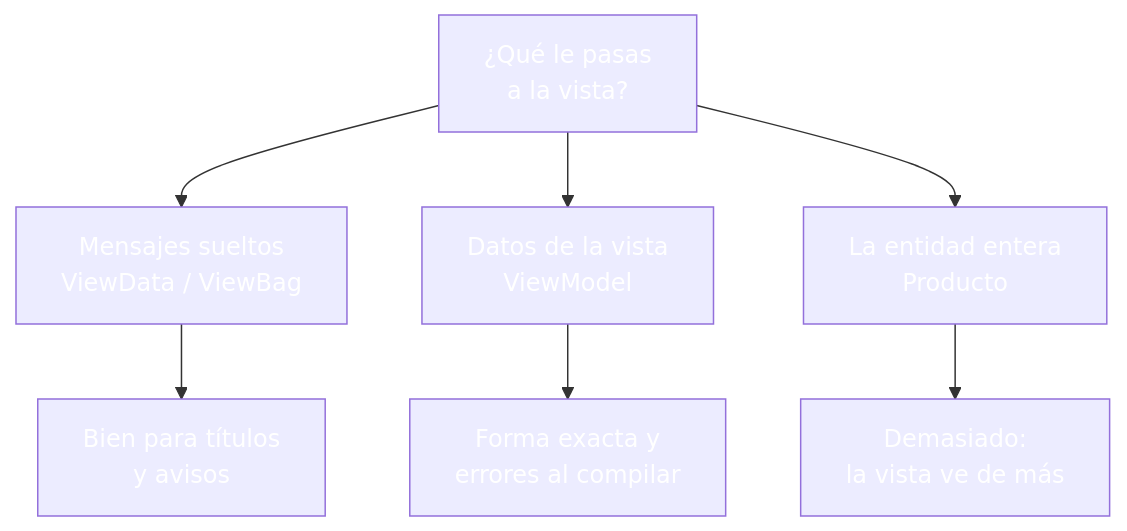
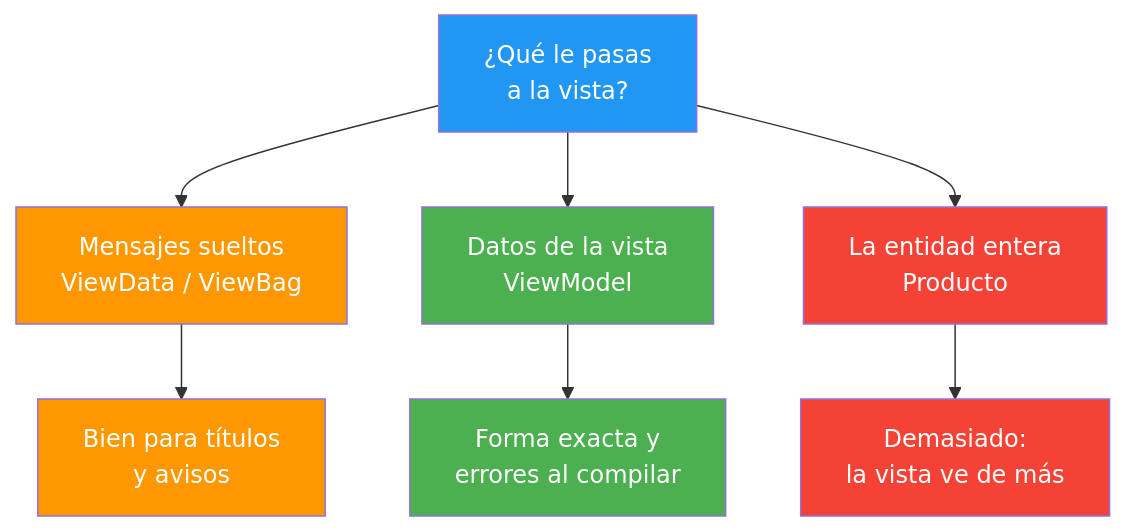
The second of 4 diagrams in 09-mvc-vistas-viewmodels.md (joseluisgs/DesarrolloWebEntornosServidor-03-2026-2027), drawn with Mermaid before and after one commit. The commit also changed other lines of this file and 25 other files, not shown here.

Commit message:
docs: corregir los estilos Mermaid de los temas y alinear el dominio del tema 25 con ProductosApp

````diff
--- a/09-mvc-vistas-viewmodels.md
+++ b/09-mvc-vistas-viewmodels.md
@@ -259,16 +259,16 @@
 ```mermaid
 graph TD
     Q["¿Qué le pasas<br/>a la vista?"] --> A["Mensajes sueltos<br/>ViewData / ViewBag"]
     Q --> B["Datos de la vista<br/>ViewModel"]
     Q --> C["La entidad entera<br/>Producto"]
     A --> D["Bien para títulos<br/>y avisos"]
     B --> E["Forma exacta y<br/>errores al compilar"]
     C --> F["Demasiado:<br/>la vista ve de más"]
-    style Q fill:#2196F,color:#fff3,color:#fff
-    style A fill:#FF980,color:#fff0,color:#fff
-    style B fill:#4CAF5,color:#fff0,color:#fff
-    style C fill:#f4433,color:#fff6,color:#fff
-    style D fill:#FF980,color:#fff0,color:#fff
-    style E fill:#4CAF5,color:#fff0,color:#fff
-    style F fill:#f4433,color:#fff6,color:#fff
+    style Q fill:#2196F3,color:#fff
+    style A fill:#FF9800,color:#fff
+    style B fill:#4CAF50,color:#fff
+    style C fill:#f44336,color:#fff
+    style D fill:#FF9800,color:#fff
+    style E fill:#4CAF50,color:#fff
+    style F fill:#f44336,color:#fff
 ```
````
